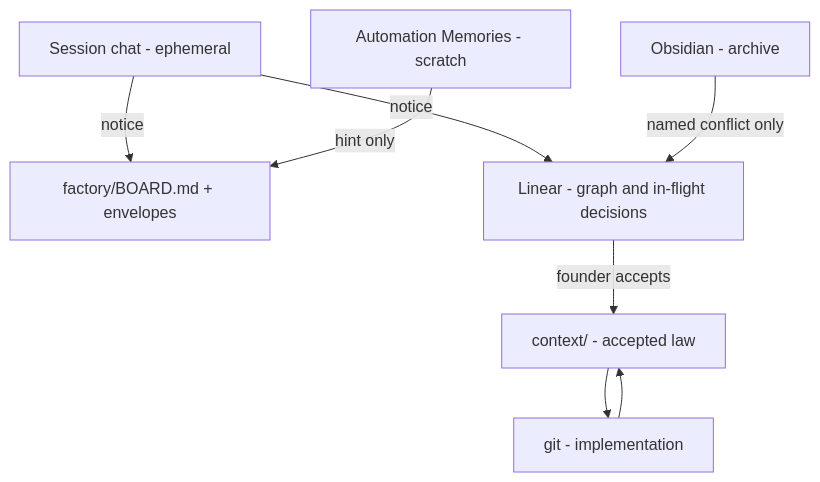
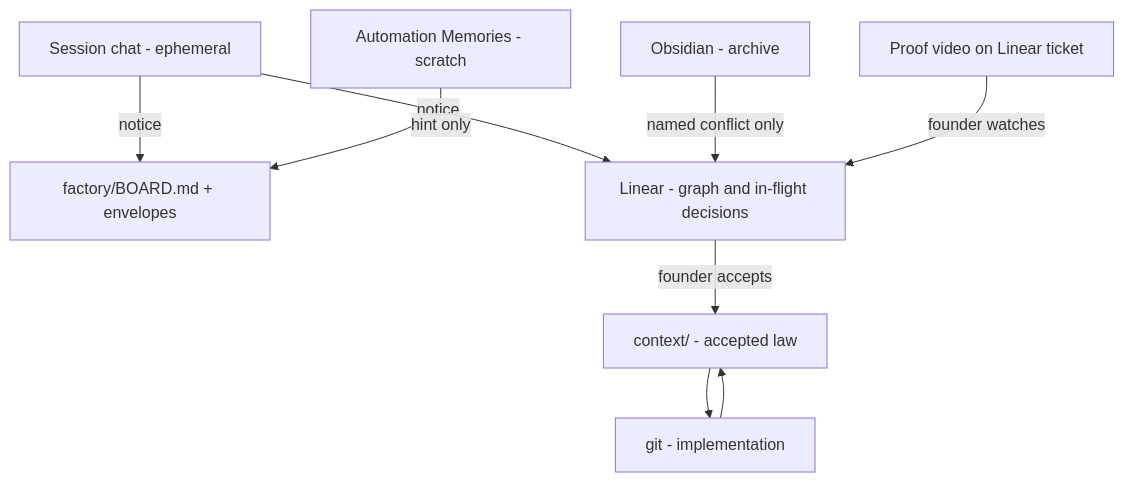
Before and after one commit to aaryandas/applied-research: the fourth of 4 diagrams in context/factory.md, drawn with Mermaid. The commit also changed other lines of this file and 24 other files, not shown here.

First line of the commit message:
Require Linear proof videos and drop Slack from the factory.

````diff
--- a/context/factory.md
+++ b/context/factory.md
@@ -150,18 +156,20 @@
 ```mermaid
 flowchart TD
   Chat[Session chat - ephemeral]
   Mem[Automation Memories - scratch]
   Board[factory/BOARD.md + envelopes]
   Linear[Linear - graph and in-flight decisions]
   Ctx[context/ - accepted law]
   Code[git - implementation]
   Obs[Obsidian - archive]
+  Proof[Proof video on Linear ticket]
 
   Chat -->|notice| Linear
   Chat -->|notice| Board
   Mem -->|hint only| Board
   Linear -->|founder accepts| Ctx
   Ctx --> Code
   Obs -->|named conflict only| Linear
   Code --> Ctx
+  Proof -->|founder watches| Linear
 ```
````
